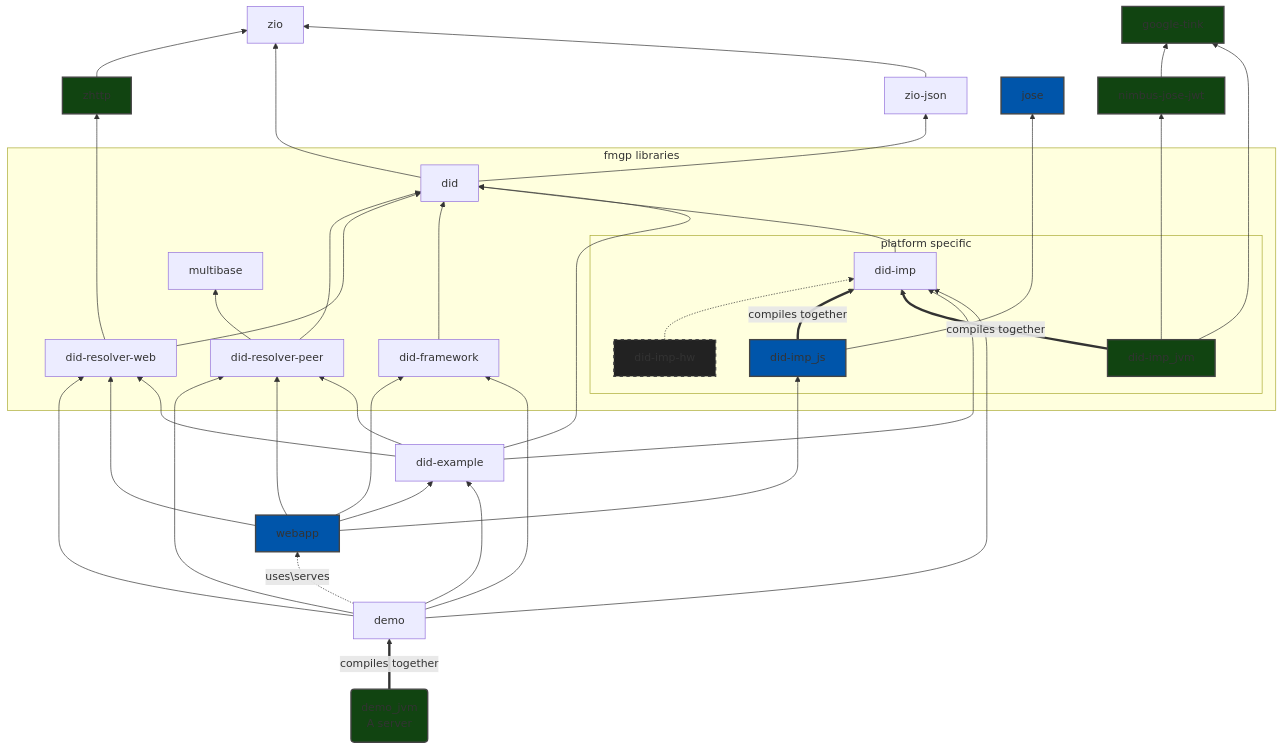
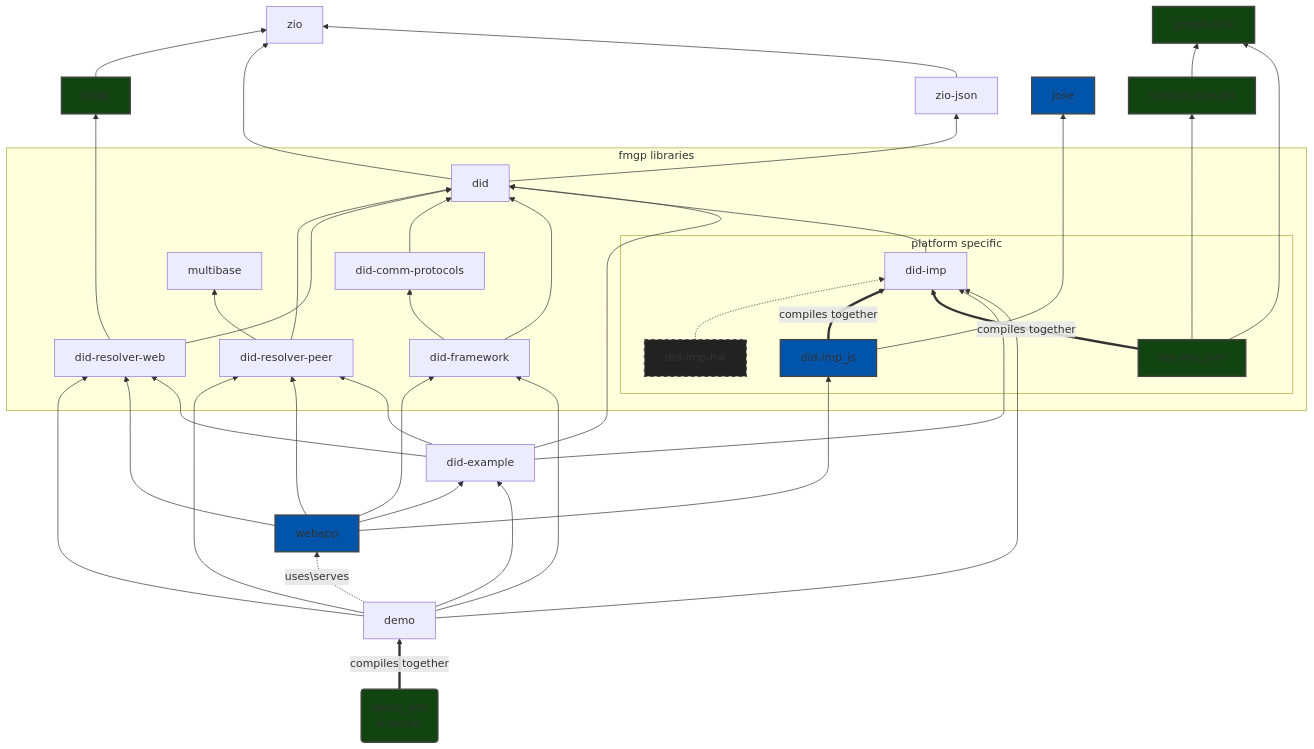
The diagram in README.md (FabioPinheiro/scala-did), drawn with Mermaid before and after one commit. The commit also changed other lines of this file and 41 other files, not shown here.

Commit message:
New module did-comm-protocols

````diff
--- a/README.md
+++ b/README.md
@@ -110,55 +109,57 @@
 ```mermaid
 flowchart BT
 
   zhttp --> zio
   did --> zio
   zio-json --> zio
   did --> zio-json
   did-resolver-web ----> zhttp:::JVM
 
   subgraph fmgp libraries
     did-resolver-peer --> multibase
     subgraph platform specific
       did-imp
       did-imp-hw:::Others -.-> did-imp
       did-imp_js:::JS ==>|compiles together| did-imp
       did-imp_jvm:::JVM ==>|compiles together| did-imp
     end
     did-resolver-peer --> did
     did-resolver-web --> did
+    did-comm-protocols --> did
     did-framework --> did
+    did-framework --> did-comm-protocols
     did-imp --> did
   end
 
   did-example ----> did
   did-example --> did-imp
   demo --> did-imp 
 
   did-imp_jvm:::JVM ----> nimbus-jose-jwt:::JVM --> google-tink:::JVM
   did-imp_jvm:::JVM ---> google-tink
 
   did-imp_js ----> jose:::JS
 
   %% subgraph demo/docs
     webapp:::JS --> did-framework
     demo --> did-framework
     demo --> did-resolver-web
     demo --> did-resolver-peer
     webapp:::JS --> did-imp_js
     webapp:::JS  --> did-resolver-web
     webapp:::JS  --> did-resolver-peer
     webapp:::JS  --> did-example
     demo  --> did-example
     demo -.->|uses\serves| webapp
 
     demo_jvm(demo_jvm\nA server):::JVM ==>|compiles together| demo
 
     did-example  --> did-resolver-peer
     did-example  --> did-resolver-web
   %% end
 
   classDef JVM fill:#141,stroke:#444,stroke-width:2px;
   classDef JS fill:#05a,stroke:#444,stroke-width:2px;
   classDef Others fill:#222,stroke:#444,stroke-width:2px,stroke-dasharray: 5 5;
 
 ```
````
